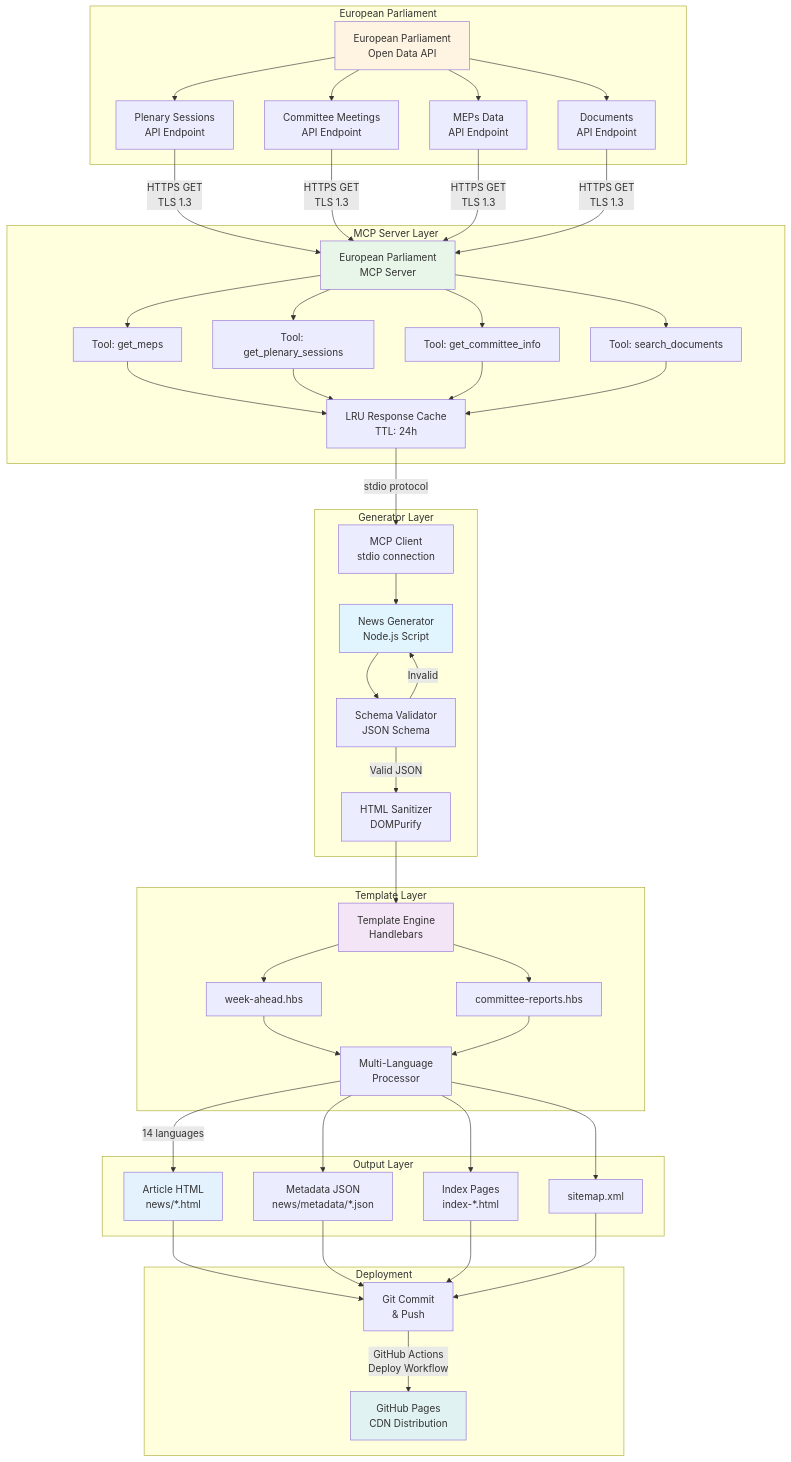
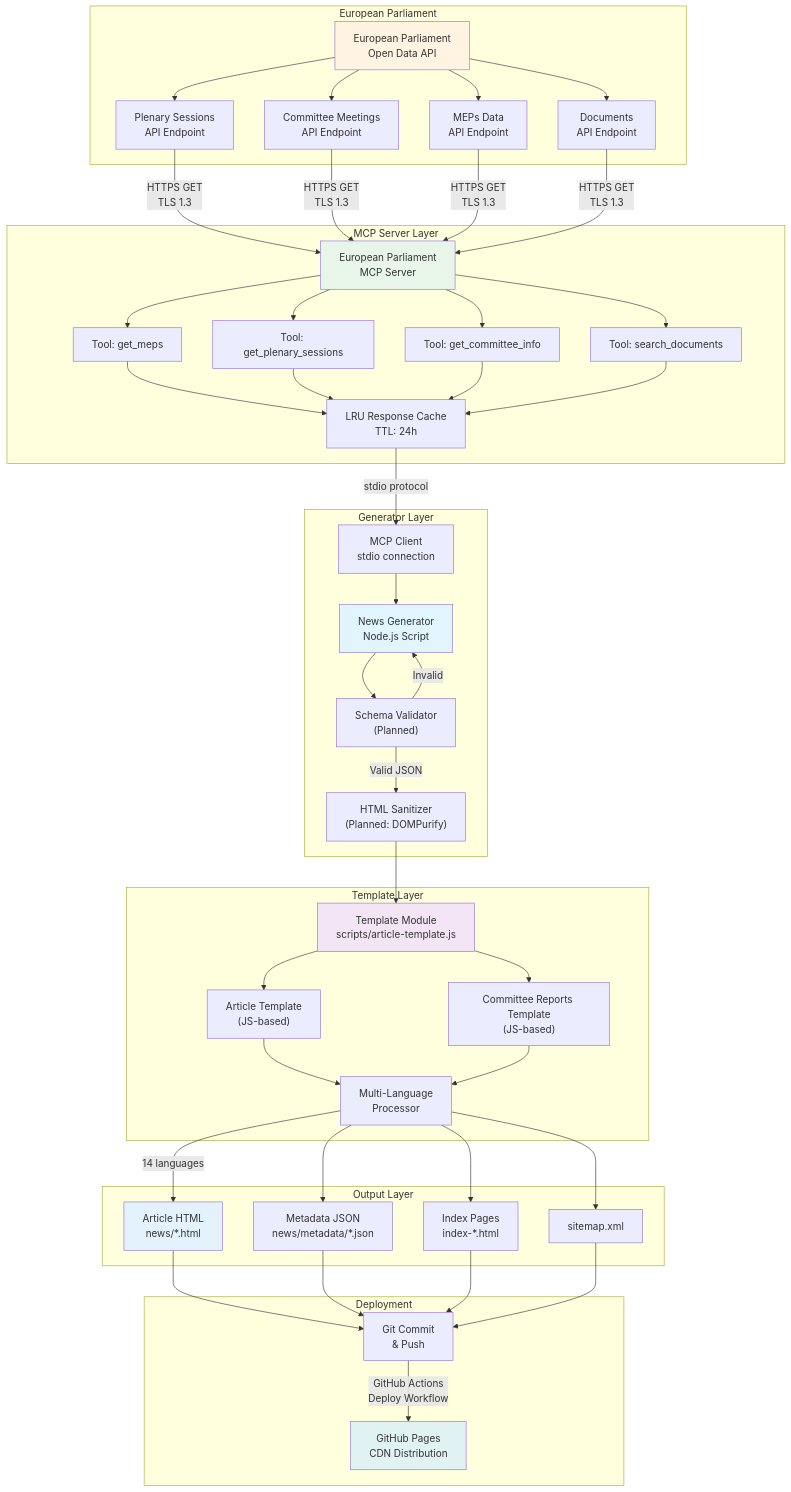
One commit to Hack23/euparliamentmonitor changed the sixth of 9 diagrams in DATA_MODEL.md. Above: the diagram before and after it, drawn with Mermaid. The commit also changed other lines of this file, not shown here.

```diff
--- a/DATA_MODEL.md
+++ b/DATA_MODEL.md
@@ -903,14 +903,14 @@
     subgraph "Generator Layer"
         GENERATOR["News Generator<br/>Node.js Script"]
         MCP_CLIENT["MCP Client<br/>stdio connection"]
-        VALIDATOR["Schema Validator<br/>JSON Schema"]
-        SANITIZER["HTML Sanitizer<br/>DOMPurify"]
+        VALIDATOR["Schema Validator<br/>(Planned)"]
+        SANITIZER["HTML Sanitizer<br/>(Planned: DOMPurify)"]
     end
 
     subgraph "Template Layer"
-        TEMPLATE_ENGINE["Template Engine<br/>Handlebars"]
-        TEMPLATE_WEEK["week-ahead.hbs"]
-        TEMPLATE_COMMITTEE["committee-reports.hbs"]
+        TEMPLATE_ENGINE["Template Module<br/>scripts/article-template.js"]
+        TEMPLATE_WEEK["Article Template<br/>(JS-based)"]
+        TEMPLATE_COMMITTEE["Committee Reports Template<br/>(JS-based)"]
         LANGUAGE_PROCESSOR["Multi-Language<br/>Processor"]
     end
 
```
